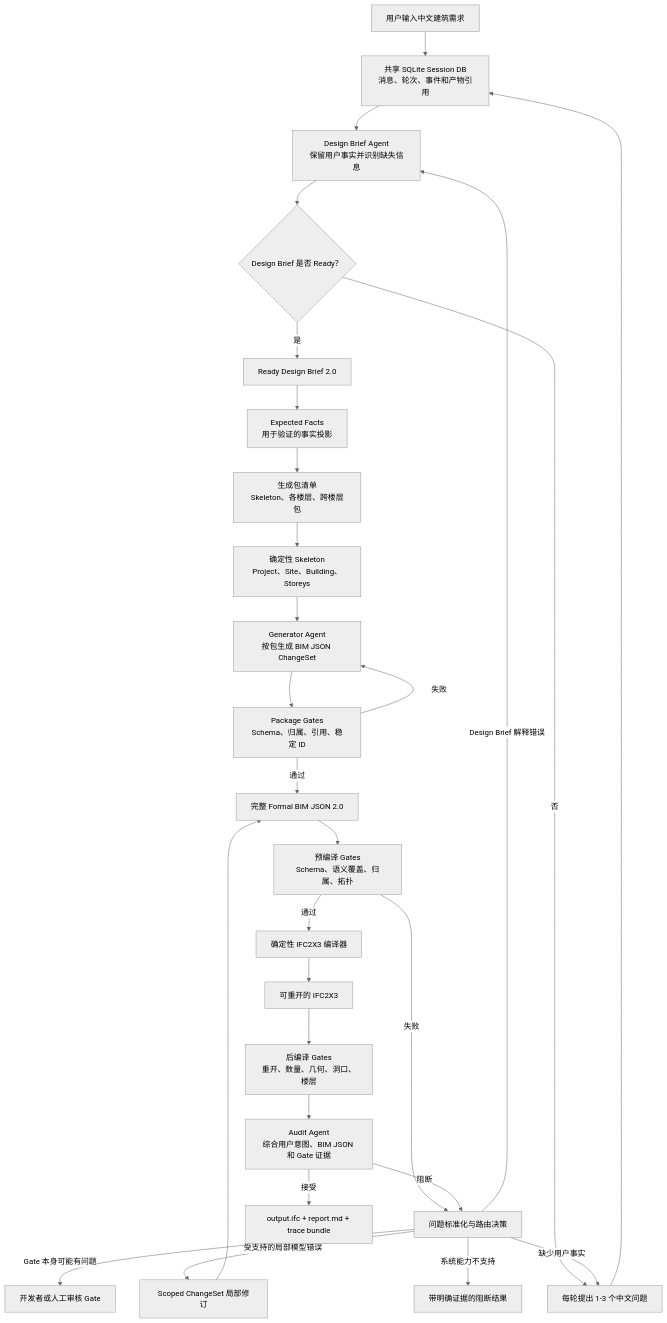
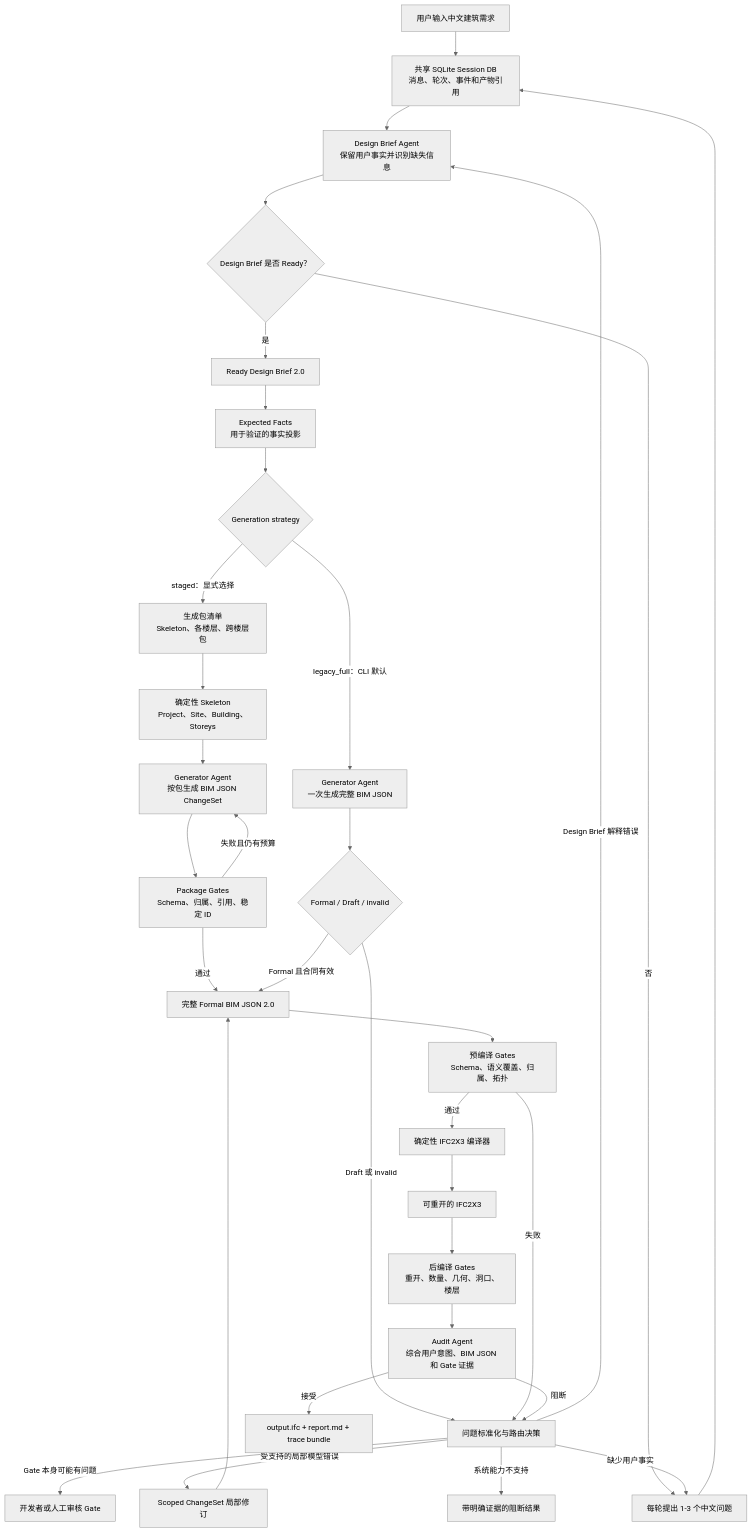
One commit to 770122whrt/text2IFC changed the diagram in docs/architecture/current-workflow-and-data-flow.md. Above: the diagram before and after it, drawn with Mermaid (neutral theme). The commit also changed other lines of this file and 6 other files, not shown here.

````diff
--- a/docs/architecture/current-workflow-and-data-flow.md
+++ b/docs/architecture/current-workflow-and-data-flow.md
@@ -51,37 +55,42 @@
 ```mermaid
 flowchart TD
     U["用户输入中文建筑需求"] --> DB["共享 SQLite Session DB<br/>消息、轮次、事件和产物引用"]
     DB --> D["Design Brief Agent<br/>保留用户事实并识别缺失信息"]
 
     D --> READY{"Design Brief 是否 Ready？"}
     READY -- "否" --> Q["每轮提出 1-3 个中文问题"]
     Q --> DB
     READY -- "是" --> B["Ready Design Brief 2.0"]
 
     B --> E["Expected Facts<br/>用于验证的事实投影"]
-    E --> P["生成包清单<br/>Skeleton、各楼层、跨楼层包"]
+    E --> STRATEGY{"Generation strategy"}
+    STRATEGY -- "legacy_full：CLI 默认" --> FULL["Generator Agent<br/>一次生成完整 BIM JSON"]
+    STRATEGY -- "staged：显式选择" --> P["生成包清单<br/>Skeleton、各楼层、跨楼层包"]
 
     P --> S["确定性 Skeleton<br/>Project、Site、Building、Storeys"]
     S --> G["Generator Agent<br/>按包生成 BIM JSON ChangeSet"]
     G --> PG["Package Gates<br/>Schema、归属、引用、稳定 ID"]
-    PG -- "失败" --> G
+    PG -- "失败且仍有预算" --> G
     PG -- "通过" --> J["完整 Formal BIM JSON 2.0"]
+    FULL --> CLASSIFY{"Formal / Draft / invalid"}
+    CLASSIFY -- "Formal 且合同有效" --> J
+    CLASSIFY -- "Draft 或 invalid" --> N
 
     J --> PRE["预编译 Gates<br/>Schema、语义覆盖、归属、拓扑"]
     PRE -- "失败" --> N["问题标准化与路由决策"]
     PRE -- "通过" --> C["确定性 IFC2X3 编译器"]
 
     C --> IFC["可重开的 IFC2X3"]
     IFC --> POST["后编译 Gates<br/>重开、数量、几何、洞口、楼层"]
     POST --> A["Audit Agent<br/>综合用户意图、BIM JSON 和 Gate 证据"]
 
     A -- "接受" --> OUT["output.ifc + report.md + trace bundle"]
     A -- "阻断" --> N
 
     N -- "缺少用户事实" --> Q
     N -- "Design Brief 解释错误" --> D
     N -- "受支持的局部模型错误" --> CS["Scoped ChangeSet 局部修订"]
     CS --> J
     N -- "系统能力不支持" --> BLOCK["带明确证据的阻断结果"]
     N -- "Gate 本身可能有问题" --> HUMAN["开发者或人工审核 Gate"]
 ```
````
